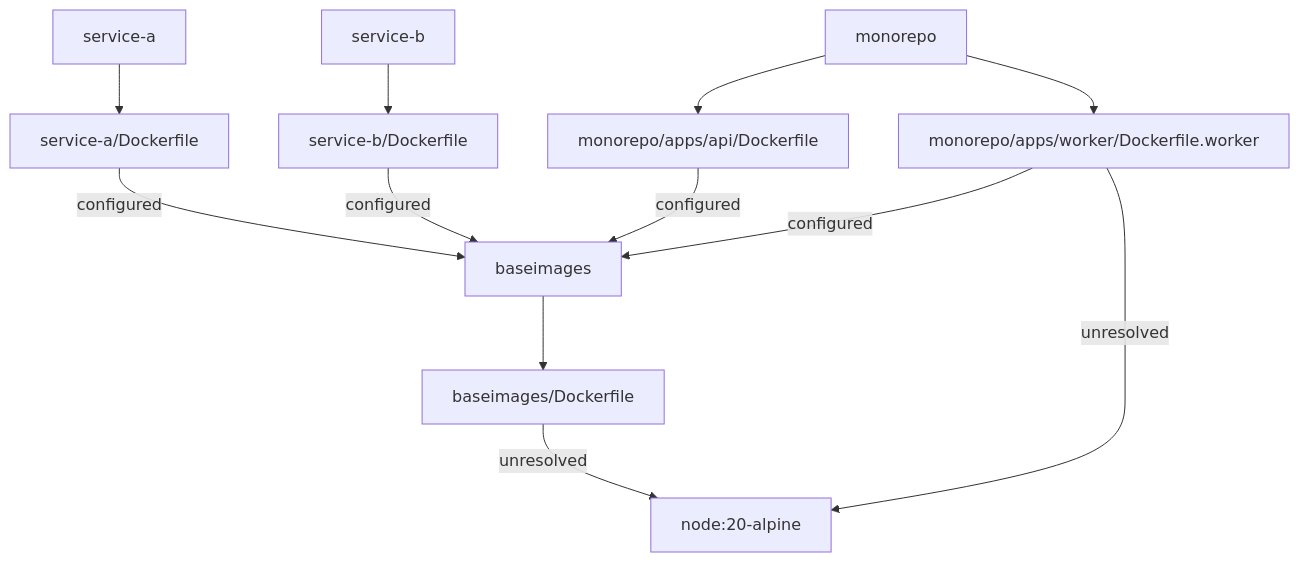
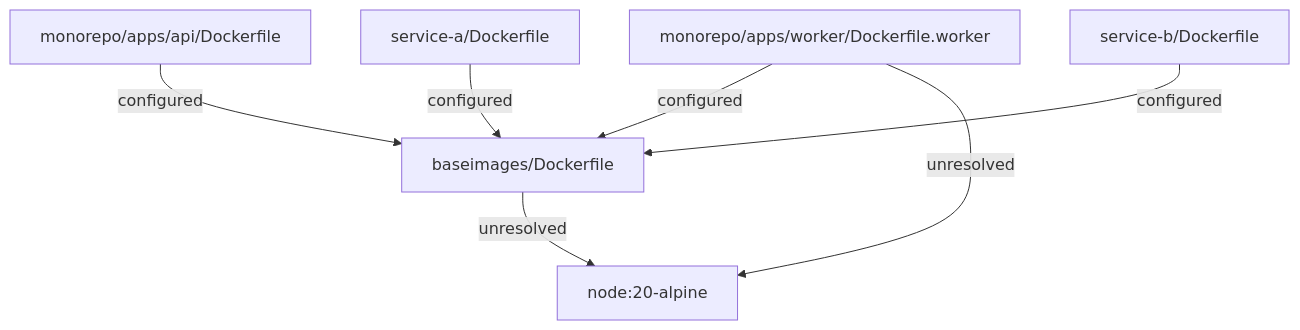
The diagram in examples/fixture-output/dependency-graph.mmd (Ingeniator/repo-graph), drawn with Mermaid before and after one commit. The commit also changed 19 other files, not shown here.

```diff
--- a/examples/fixture-output/dependency-graph.mmd
+++ b/examples/fixture-output/dependency-graph.mmd
@@ -1,22 +1,13 @@
 graph TD
-  baseimages["baseimages"]
   baseimages_Dockerfile["baseimages/Dockerfile"]
-  baseimages --> baseimages_Dockerfile
-  service_a["service-a"]
+  monorepo_apps_api_Dockerfile["monorepo/apps/api/Dockerfile"]
+  monorepo_apps_worker_Dockerfile_worker["monorepo/apps/worker/Dockerfile.worker"]
+  node_20_alpine["node:20-alpine"]
   service_a_Dockerfile["service-a/Dockerfile"]
-  service_a --> service_a_Dockerfile
-  service_b["service-b"]
   service_b_Dockerfile["service-b/Dockerfile"]
-  service_b --> service_b_Dockerfile
-  monorepo["monorepo"]
-  monorepo_apps_api_Dockerfile["monorepo/apps/api/Dockerfile"]
-  monorepo --> monorepo_apps_api_Dockerfile
-  monorepo_apps_worker_Dockerfile_worker["monorepo/apps/worker/Dockerfile.worker"]
-  monorepo --> monorepo_apps_worker_Dockerfile_worker
-  node_20_alpine["node:20-alpine"]
   baseimages_Dockerfile -->|unresolved| node_20_alpine
-  service_a_Dockerfile -->|configured| baseimages
-  service_b_Dockerfile -->|configured| baseimages
-  monorepo_apps_api_Dockerfile -->|configured| baseimages
+  monorepo_apps_api_Dockerfile -->|configured| baseimages_Dockerfile
+  monorepo_apps_worker_Dockerfile_worker -->|configured| baseimages_Dockerfile
   monorepo_apps_worker_Dockerfile_worker -->|unresolved| node_20_alpine
-  monorepo_apps_worker_Dockerfile_worker -->|configured| baseimages
+  service_a_Dockerfile -->|configured| baseimages_Dockerfile
+  service_b_Dockerfile -->|configured| baseimages_Dockerfile
```
